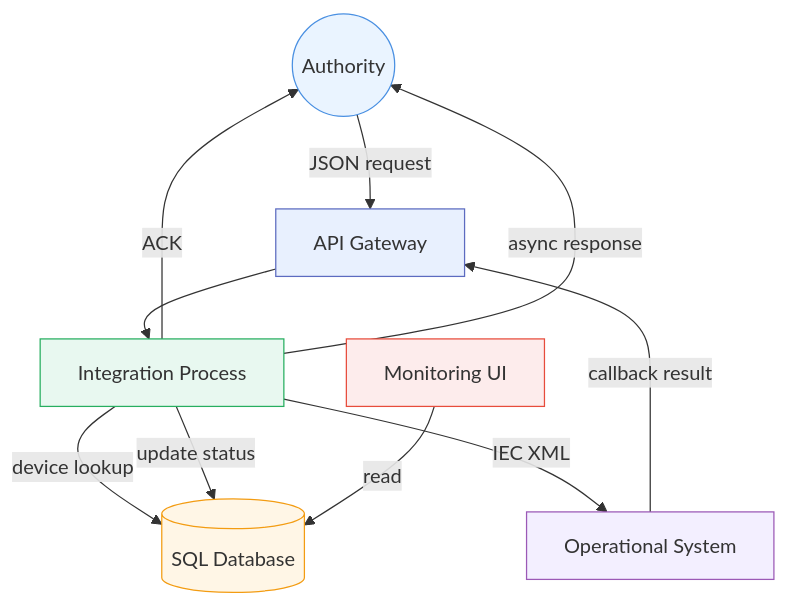
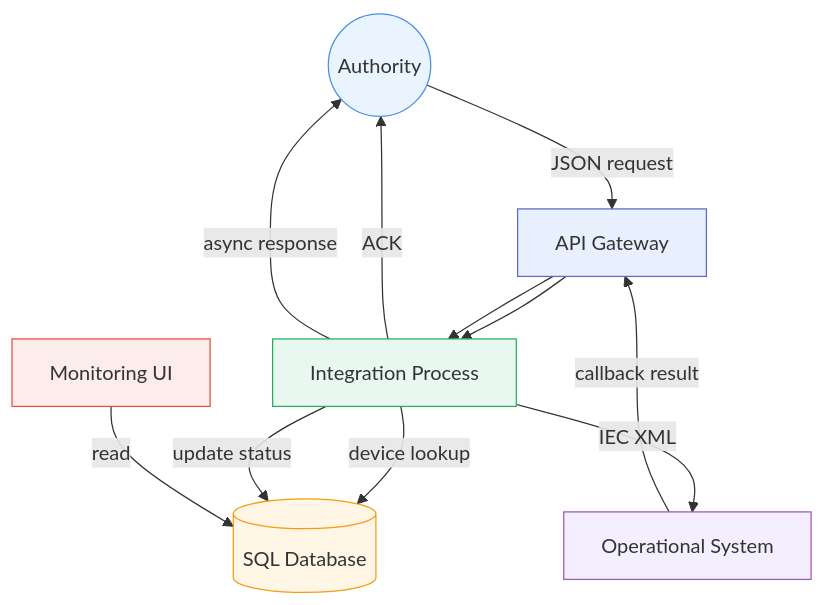
One commit to sbhrwl/microservices changed the fifth of 5 diagrams in frnds/README.md. Above: the diagram before and after it, drawn with Mermaid.

Commit message:
Add API to Boomi connection in README

````diff
--- a/frnds/README.md
+++ b/frnds/README.md
@@ -299,27 +299,28 @@
 ```mermaid
 flowchart TD
 
   Authority((Authority))
   API[API Gateway]
   Boomi[Integration Process]
   DB[(SQL Database)]
   Downstream[Operational System]
   UI[Monitoring UI]
 
   Authority -->|JSON request| API
   API --> Boomi
   Boomi -->|ACK| Authority
   Boomi -->|device lookup| DB
   Boomi -->|IEC XML| Downstream
   Downstream -->|callback result| API
+  API --> Boomi
   Boomi -->|update status| DB
   Boomi -->|async response| Authority
   UI -->|read| DB
 
   style Authority fill:#EAF4FF,stroke:#4A90E2
   style API fill:#E8F0FE,stroke:#5C6BC0
   style Boomi fill:#E8F8F0,stroke:#27AE60
   style DB fill:#FFF6E6,stroke:#F39C12
   style Downstream fill:#F3EFFF,stroke:#9B59B6
   style UI fill:#FDECEC,stroke:#E74C3C
 ```
````
